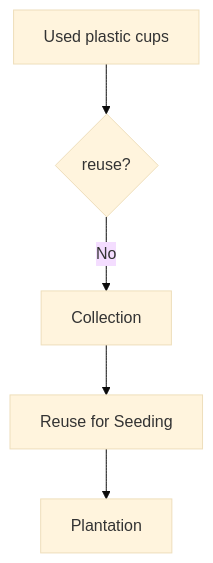
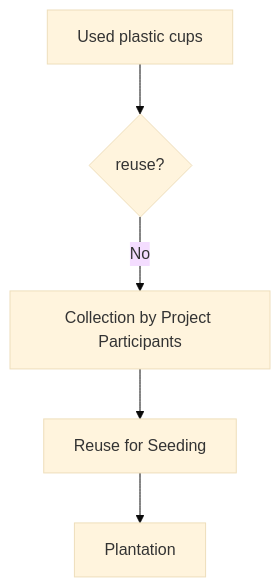
The diagram in README.md (Kietpawpan/esc), drawn with Mermaid (base theme) before and after one commit.

````diff
--- a/README.md
+++ b/README.md
@@ -9,7 +9,7 @@
 ```mermaid
 flowchart TD
     A[Used plastic cups] --> B{reuse?}
-    B -->|No| C[Collection]
+    B -->|No| C[Collection by Project Participants]
     C --> D[Reuse for Seeding]
     D --> E[Plantation]
 ```
````
